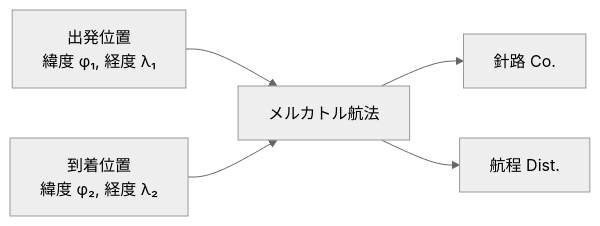
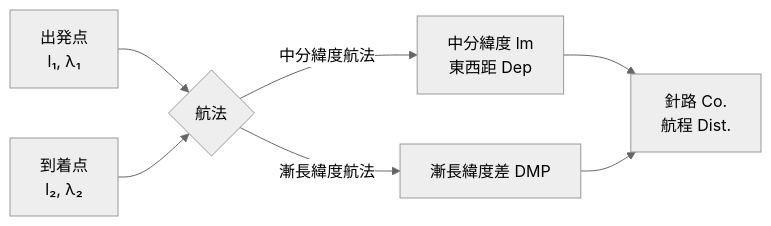
The first of 5 diagrams in docs/pilot1.md (serkenn/Navigation-calculations), drawn with Mermaid (neutral theme) before and after one commit. The commit also changed other lines of this file and 6 other files, not shown here.

````diff
--- a/docs/pilot1.md
+++ b/docs/pilot1.md
@@ -11,7 +23,9 @@
 ```mermaid
 flowchart LR
-    A[出発位置<br>緯度 φ₁, 経度 λ₁] --> C[メルカトル航法]
-    B[到着位置<br>緯度 φ₂, 経度 λ₂] --> C
-    C --> D[針路 Co.]
-    C --> E[航程 Dist.]
+    A["出発点<br>l₁, λ₁"] --> C{航法}
+    B["到着点<br>l₂, λ₂"] --> C
+    C -->|中分緯度航法| D["中分緯度 lm<br>東西距 Dep"]
+    C -->|漸長緯度航法| E["漸長緯度差 DMP"]
+    D --> F["針路 Co.<br>航程 Dist."]
+    E --> F
 ```
````
